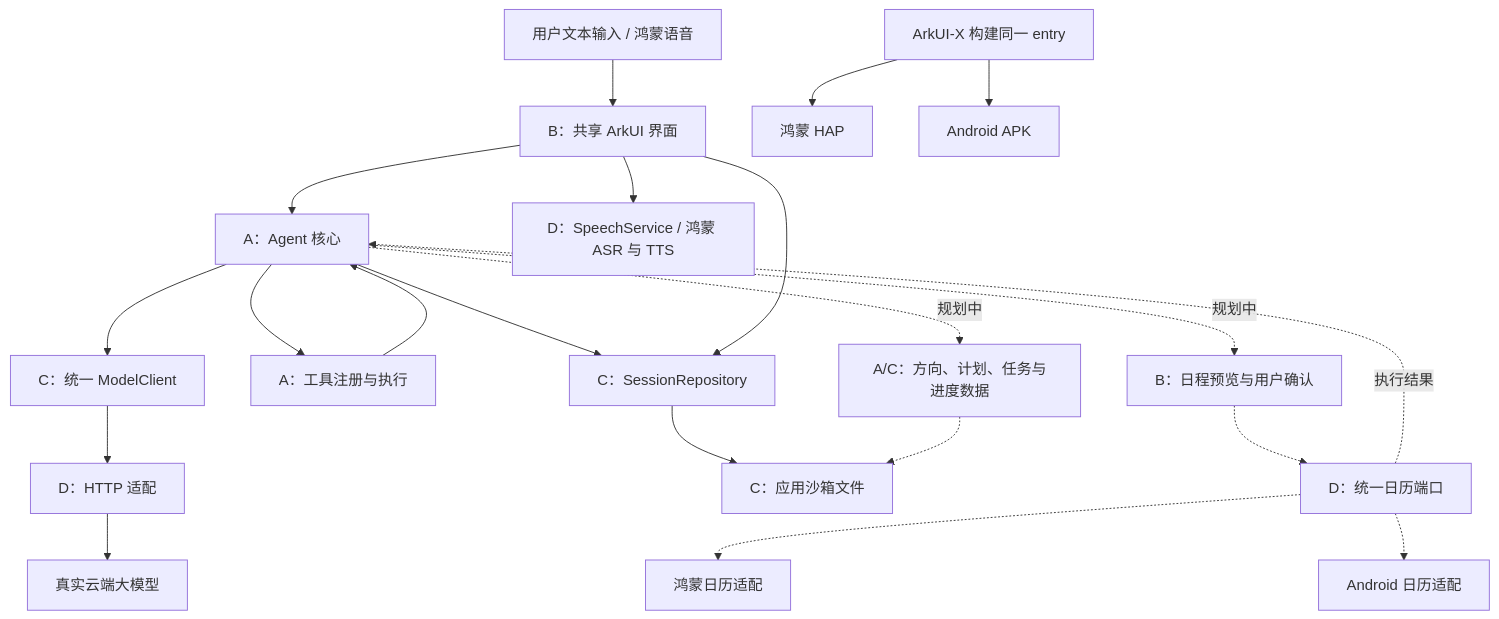
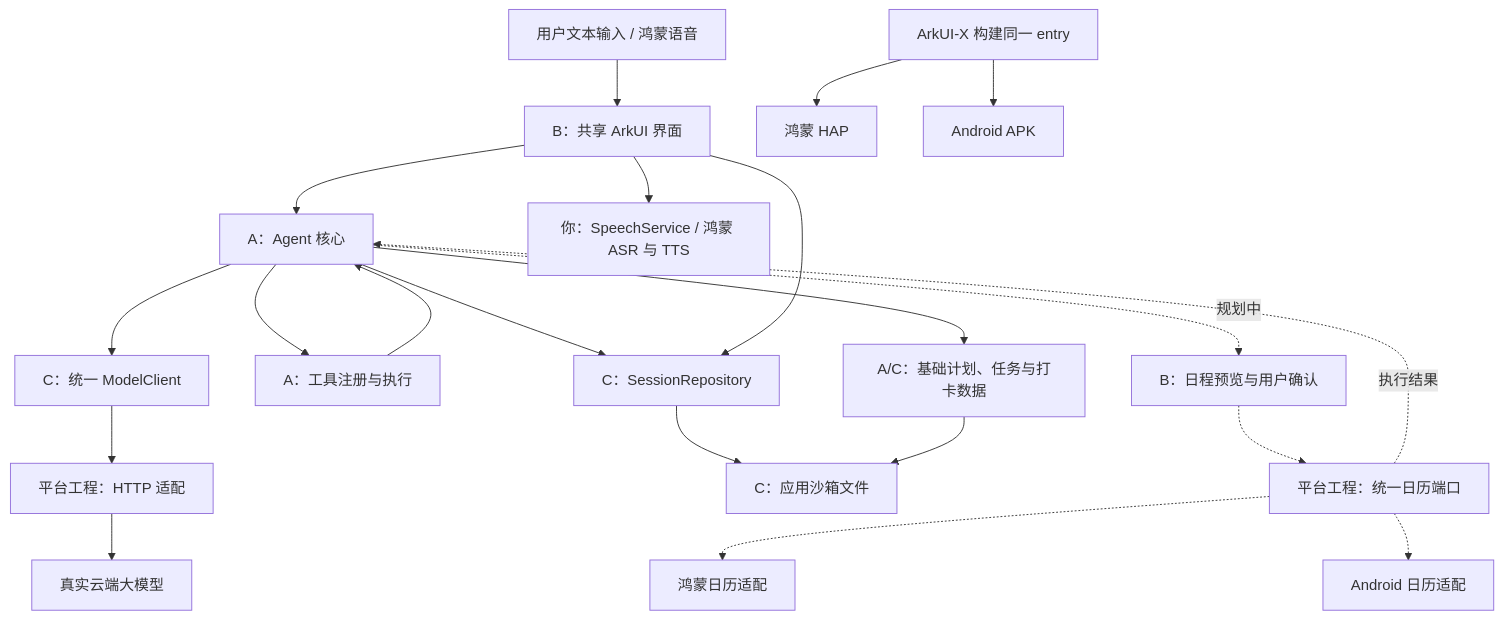
The diagram in docs/一页纸架构.md (Tsuki638/arkuix-campus-agent), drawn with Mermaid before and after one commit. The commit also changed other lines of this file and 73 other files, not shown here.

````diff
--- a/docs/一页纸架构.md
+++ b/docs/一页纸架构.md
@@ -5,22 +5,22 @@
 ```mermaid
 flowchart TB
     U[用户文本输入 / 鸿蒙语音] --> UI[B：共享 ArkUI 界面]
     UI --> A[A：Agent 核心]
     A --> M[C：统一 ModelClient]
-    M --> H[D：HTTP 适配] --> L[真实云端大模型]
+    M --> H[平台工程：HTTP 适配] --> L[真实云端大模型]
     A --> T[A：工具注册与执行]
     T --> A
     A --> R[C：SessionRepository]
     UI --> R
     R --> F[C：应用沙箱文件]
-    UI --> S[D：SpeechService / 鸿蒙 ASR 与 TTS]
-    A -. 规划中 .-> P[A/C：方向、计划、任务与进度数据]
-    P -.-> F
+    UI --> S[你：SpeechService / 鸿蒙 ASR 与 TTS]
+    A --> P[A/C：基础计划、任务与打卡数据]
+    P --> F
     A -. 规划中 .-> V[B：日程预览与用户确认]
-    V -.-> C[D：统一日历端口]
+    V -.-> C[平台工程：统一日历端口]
     C -.-> HC[鸿蒙日历适配]
     C -.-> AC[Android 日历适配]
     C -. 执行结果 .-> A
     X[ArkUI-X 构建同一 entry] --> HM[鸿蒙 HAP]
     X --> AN[Android APK]
 ```
````
